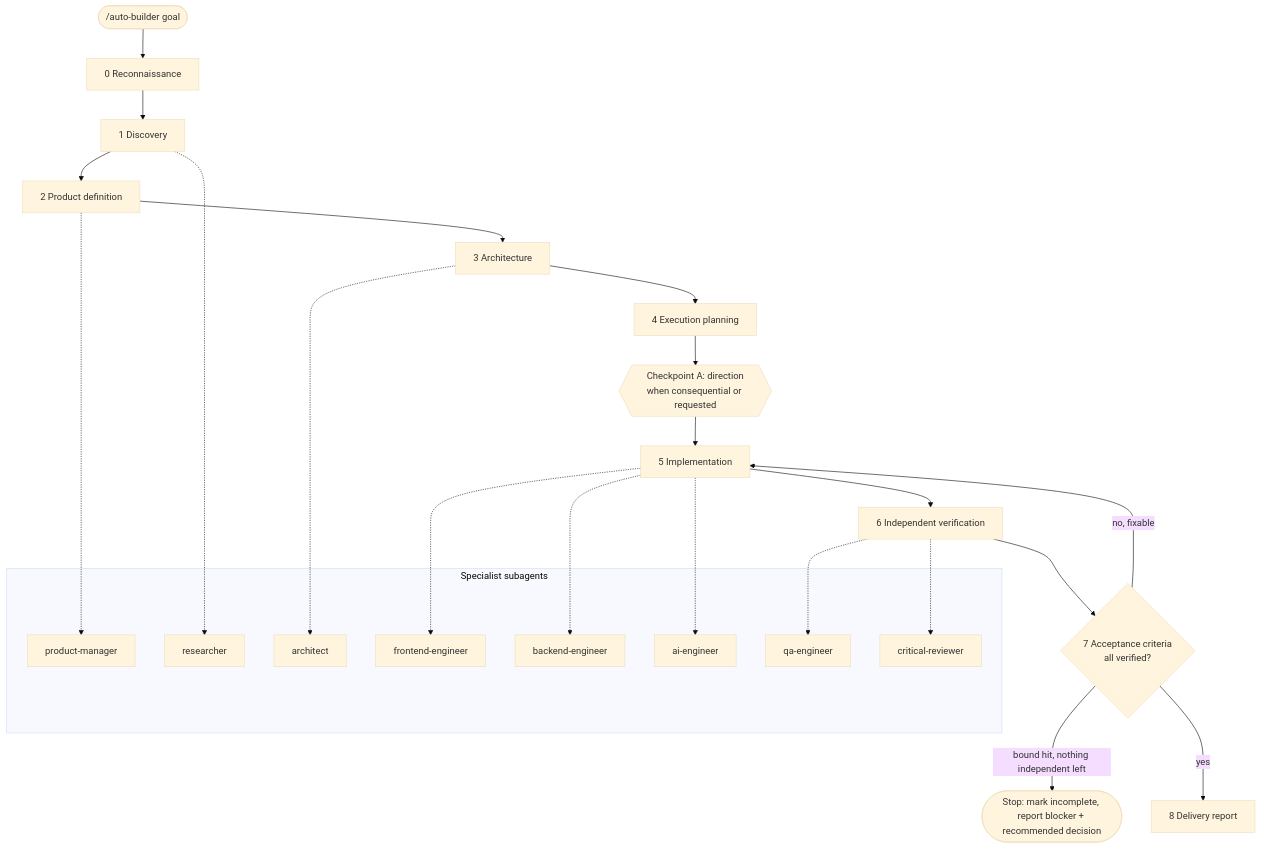
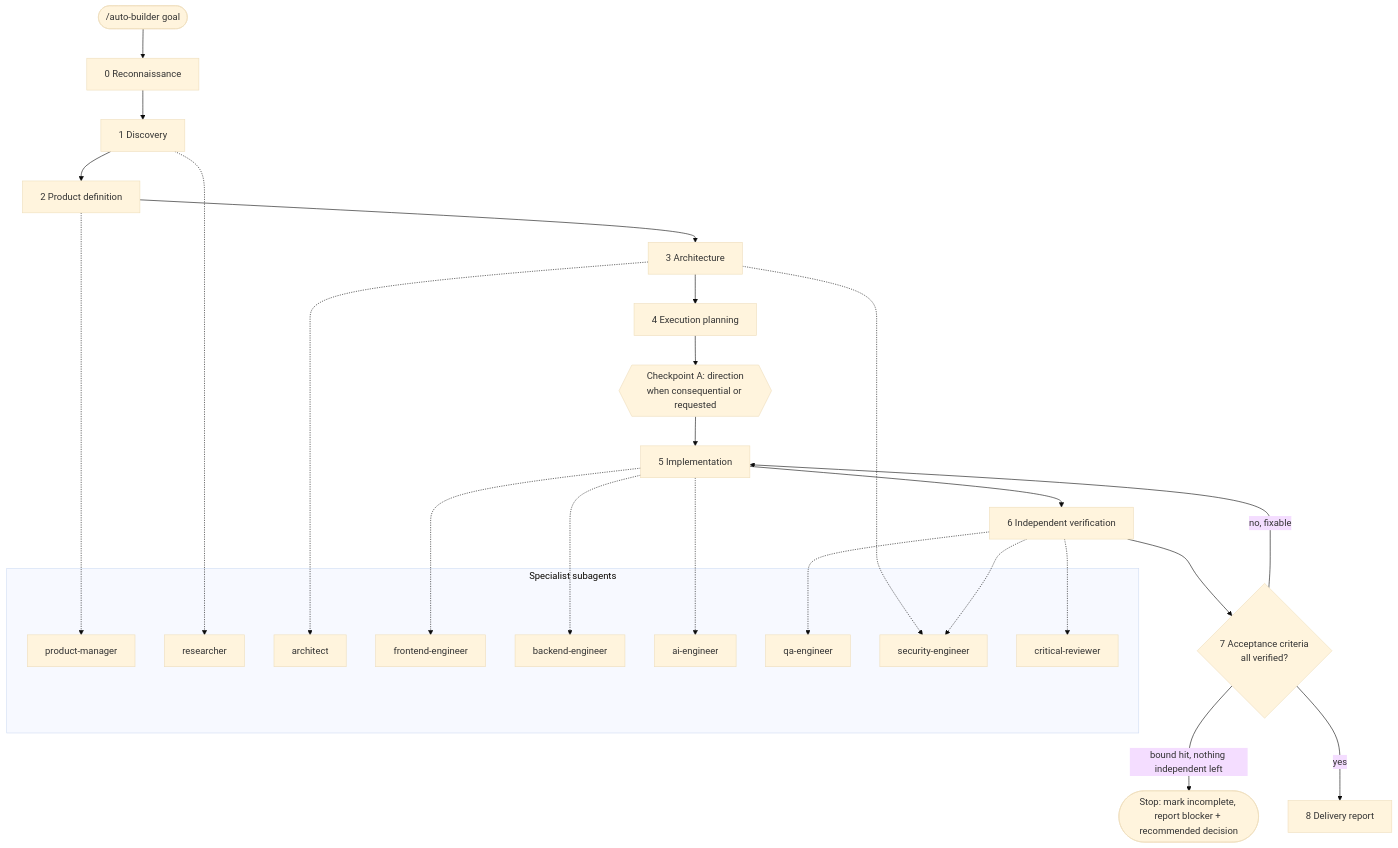
The diagram in README.md (bsrikumar855-dot/ClaudeCODE-Autonomous-skills), drawn with Mermaid (base theme) before and after one commit. The commit also changed other lines of this file and 35 other files, not shown here.

````diff
--- a/README.md
+++ b/README.md
@@ -36,31 +36,32 @@
 ```mermaid
 flowchart TD
     G([/auto-builder goal]) --> P0[0 Reconnaissance]
     P0 --> P1[1 Discovery]
     P1 --> P2[2 Product definition]
     P2 --> P3[3 Architecture]
     P3 --> P4[4 Execution planning]
     P4 --> CA{{Checkpoint A: direction<br/>when consequential or requested}}
     CA --> P5[5 Implementation]
     P5 --> P6[6 Independent verification]
     P6 --> P7{7 Acceptance criteria<br/>all verified?}
     P7 -- no, fixable --> P5
     P7 -- bound hit, nothing independent left --> STOP([Stop: mark incomplete, report blocker + recommended decision])
     P7 -- yes --> P8[8 Delivery report]
 
     subgraph Agents[Specialist subagents]
       PM[product-manager]
       RS[researcher]
       AR[architect]
       FE[frontend-engineer]
       BE[backend-engineer]
       AI[ai-engineer]
       QA[qa-engineer]
+      SE[security-engineer]
       CR[critical-reviewer]
     end
     P1 -.-> RS
     P2 -.-> PM
-    P3 -.-> AR
+    P3 -.-> AR & SE
     P5 -.-> FE & BE & AI
-    P6 -.-> QA & CR
+    P6 -.-> QA & SE & CR
 ```
````
